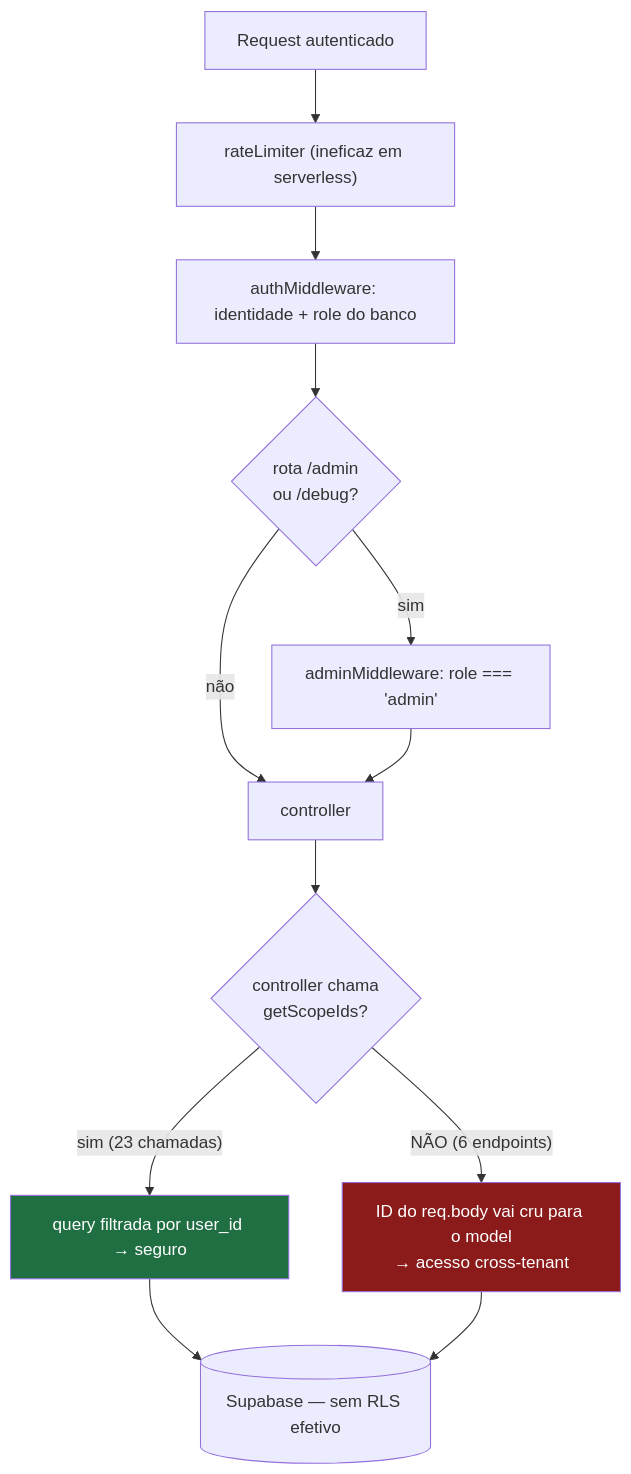
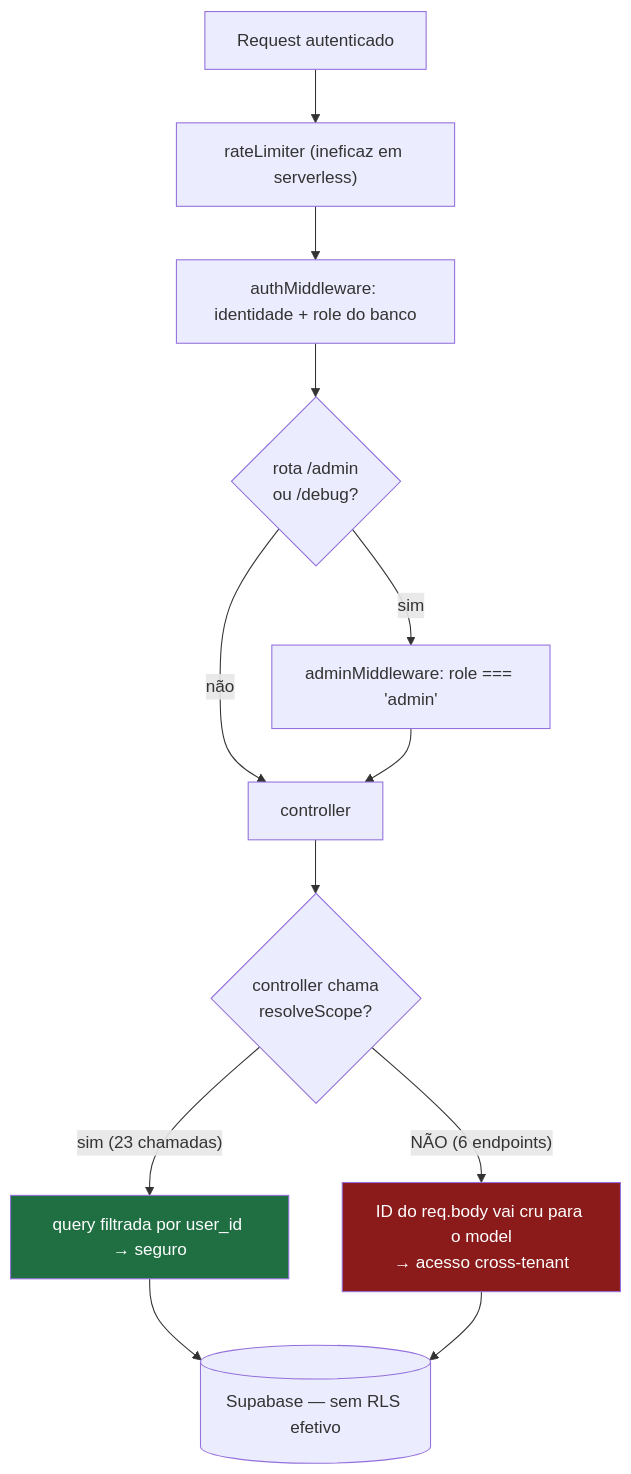
The third of 3 diagrams in docs/AUTHORIZATION.md (lucasxtech/JiuMetrics), drawn with Mermaid before and after one commit. The commit also changed other lines of this file and 15 other files, not shown here.

````diff
--- a/docs/AUTHORIZATION.md
+++ b/docs/AUTHORIZATION.md
@@ -146,17 +146,17 @@
 ```mermaid
 flowchart TD
     REQ["Request autenticado"] --> RL["rateLimiter (ineficaz em serverless)"]
     RL --> AUTH["authMiddleware: identidade + role do banco"]
     AUTH --> ADMIN{"rota /admin<br/>ou /debug?"}
     ADMIN -->|sim| AM["adminMiddleware: role === 'admin'"]
     ADMIN -->|não| CTRL["controller"]
     AM --> CTRL
-    CTRL --> SCOPE{"controller chama<br/>getScopeIds?"}
+    CTRL --> SCOPE{"controller chama<br/>resolveScope?"}
     SCOPE -->|"sim (23 chamadas)"| FILTER["query filtrada por user_id → seguro"]
     SCOPE -->|"NÃO (6 endpoints)"| LEAK["ID do req.body vai cru para o model<br/>→ acesso cross-tenant"]
     FILTER --> DB[("Supabase — sem RLS efetivo")]
     LEAK --> DB
 
     style LEAK fill:#8b1a1a,color:#fff
     style FILTER fill:#1f6f43,color:#fff
 ```
````
